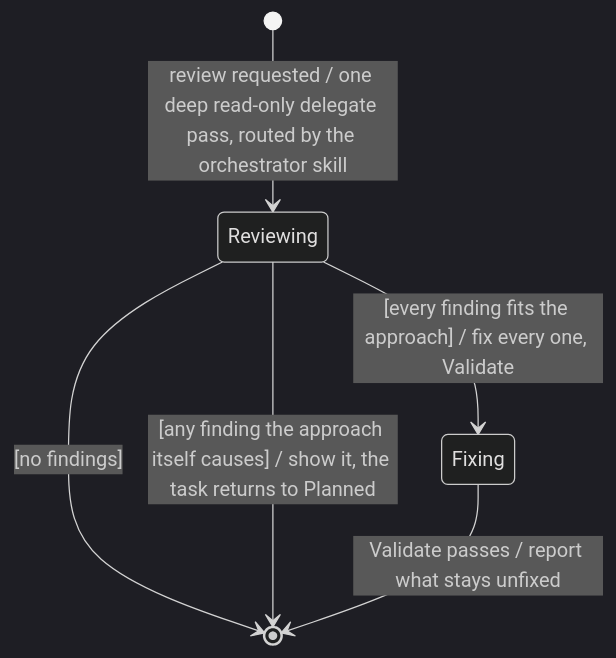
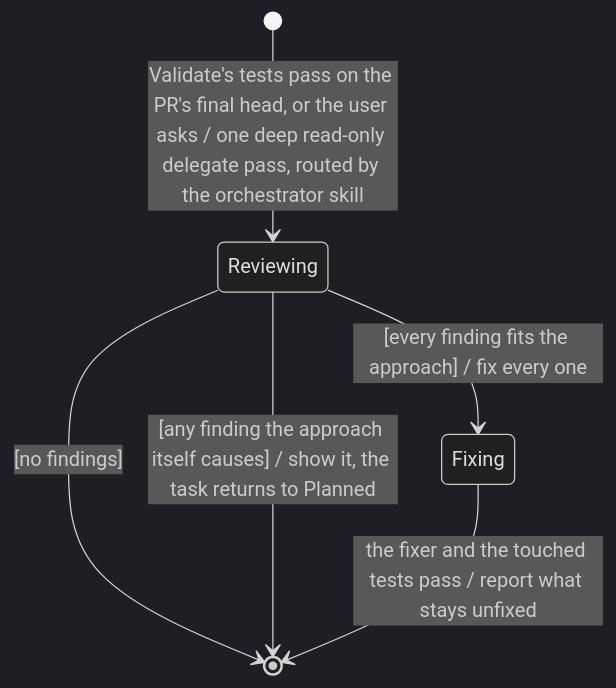
The third of 3 diagrams in .claude/skills/verification/SKILL.md (MP281X/deslop), drawn with Mermaid (dark theme) before and after one commit. The commit also changed other lines of this file and 8 other files, not shown here.

````diff
--- a/.claude/skills/verification/SKILL.md
+++ b/.claude/skills/verification/SKILL.md
@@ -48,8 +53,8 @@
 ```mermaid
 stateDiagram-v2
-    [*] --> Reviewing : review requested / one deep read-only delegate pass, routed by the orchestrator skill
+    [*] --> Reviewing : Validate's tests pass on the PR's final head, or the user asks / one deep read-only delegate pass, routed by the orchestrator skill
     Reviewing --> [*] : [no findings]
     Reviewing --> [*] : [any finding the approach itself causes] / show it, the task returns to Planned
-    Reviewing --> Fixing : [every finding fits the approach] / fix every one, Validate
-    Fixing --> [*] : Validate passes / report what stays unfixed
+    Reviewing --> Fixing : [every finding fits the approach] / fix every one
+    Fixing --> [*] : the fixer and the touched tests pass / report what stays unfixed
 ```
````
